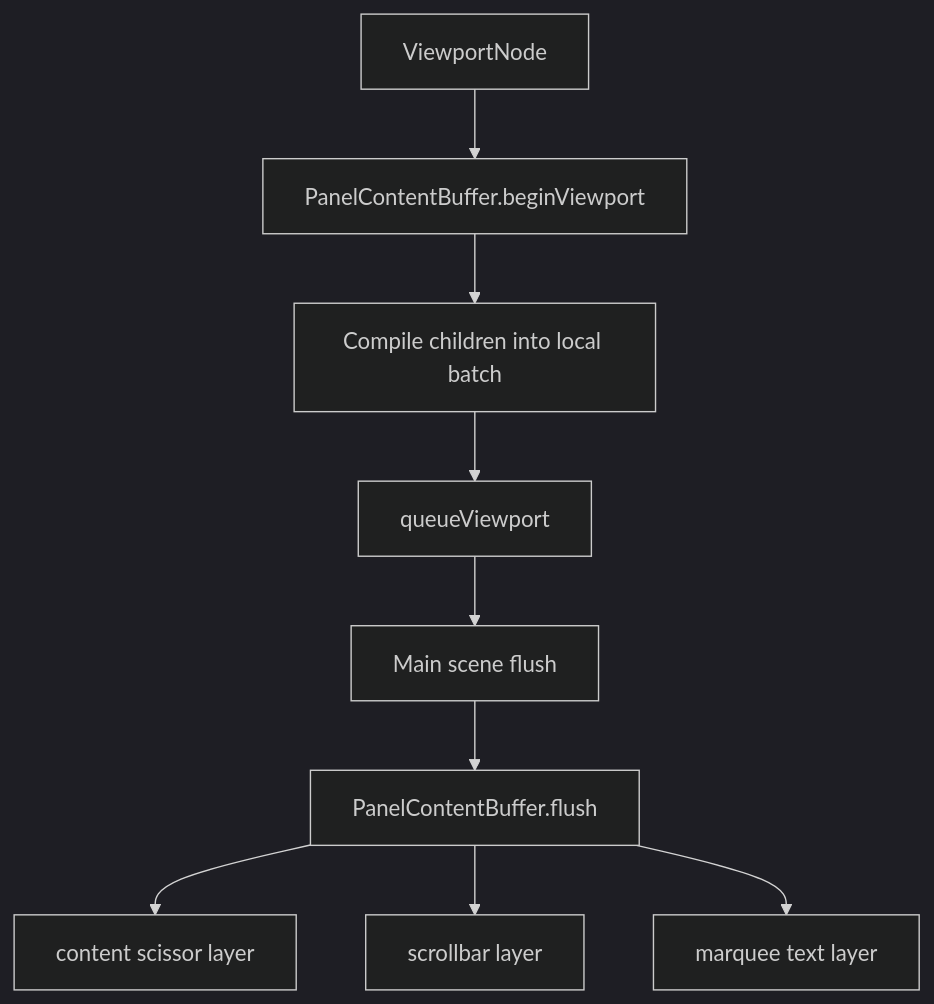
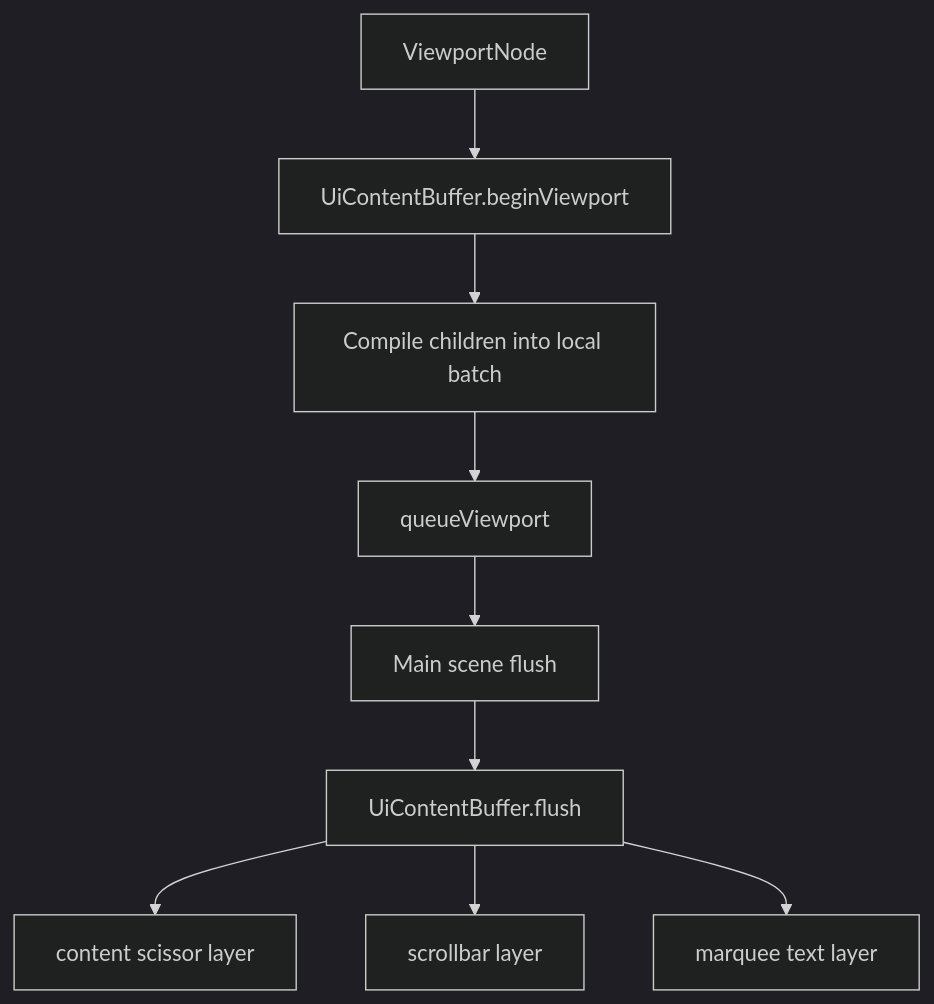
The fifth of 7 diagrams in docs/gui.md (liuyyx/eps-plus), drawn with Mermaid (dark theme) before and after one commit. The commit also changed other lines of this file and 195 other files, not shown here.

````diff
--- a/docs/gui.md
+++ b/docs/gui.md
@@ -121,11 +123,11 @@
 ```mermaid
 flowchart TD
-    A["ViewportNode"] --> B["PanelContentBuffer.beginViewport"]
+    A["ViewportNode"] --> B["UiContentBuffer.beginViewport"]
     B --> C["Compile children into local batch"]
     C --> D["queueViewport"]
     D --> E["Main scene flush"]
-    E --> F["PanelContentBuffer.flush"]
+    E --> F["UiContentBuffer.flush"]
     F --> G["content scissor layer"]
     F --> H["scrollbar layer"]
     F --> I["marquee text layer"]
 ```
````
